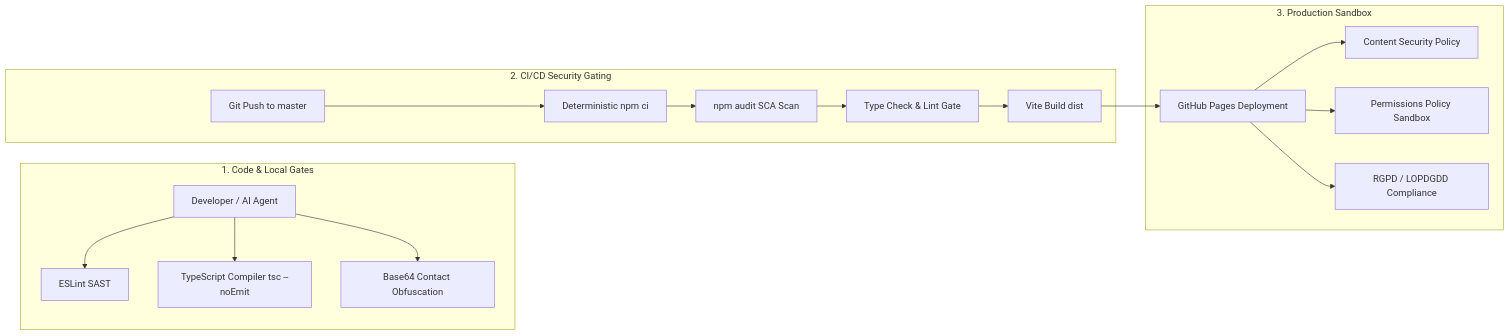
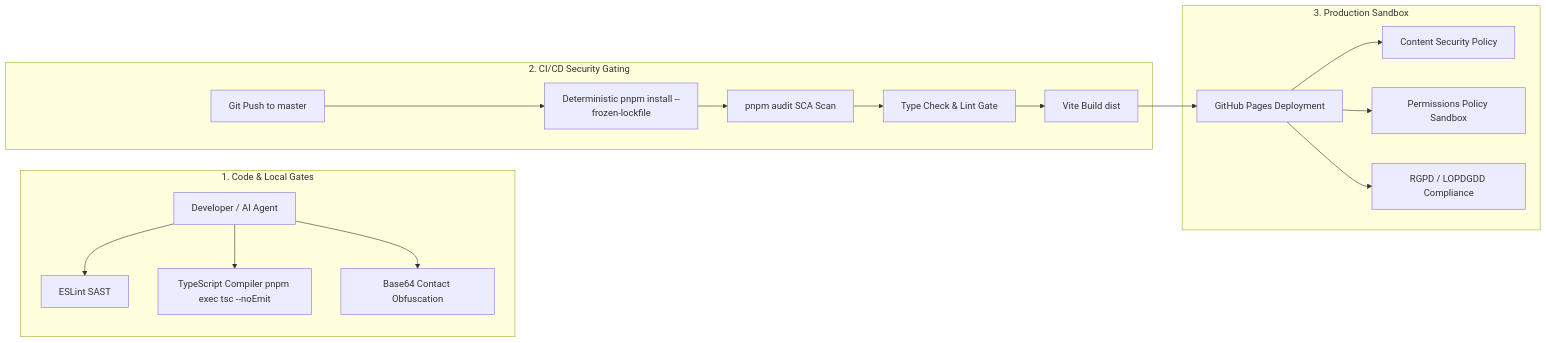
The diagram in SECURITY.md (YusupovWebArt/Portfolio), drawn with Mermaid before and after one commit. The commit also changed other lines of this file and 7 other files, not shown here.

Commit message:
chore(pkg): migrate package management from npm to pnpm (v11 with NTFS content-addressable store)

````diff
--- a/SECURITY.md
+++ b/SECURITY.md
@@ -11,22 +11,22 @@
 ```mermaid
 graph LR
     subgraph Development [1. Code & Local Gates]
         Agent[Developer / AI Agent] --> Lint[ESLint SAST]
-        Agent --> TypeCheck[TypeScript Compiler tsc --noEmit]
+        Agent --> TypeCheck[TypeScript Compiler pnpm exec tsc --noEmit]
         Agent --> Obfuscate[Base64 Contact Obfuscation]
     end
 
     subgraph Pipeline [2. CI/CD Security Gating]
-        Push[Git Push to master] --> Lockfile[Deterministic npm ci]
-        Lockfile --> SCA[npm audit SCA Scan]
+        Push[Git Push to master] --> Lockfile[Deterministic pnpm install --frozen-lockfile]
+        Lockfile --> SCA[pnpm audit SCA Scan]
         SCA --> StrictSAST[Type Check & Lint Gate]
         StrictSAST --> Build[Vite Build dist]
     end
 
     subgraph Production [3. Production Sandbox]
         Build --> GHPages[GitHub Pages Deployment]
         GHPages --> CSP[Content Security Policy]
         GHPages --> Perms[Permissions Policy Sandbox]
         GHPages --> RGPD[RGPD / LOPDGDD Compliance]
     end
 ```
````
